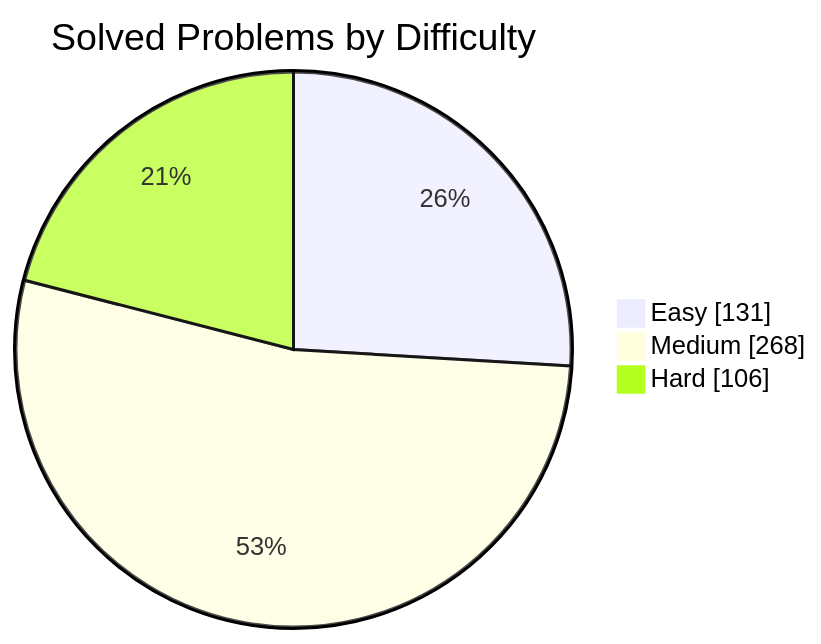
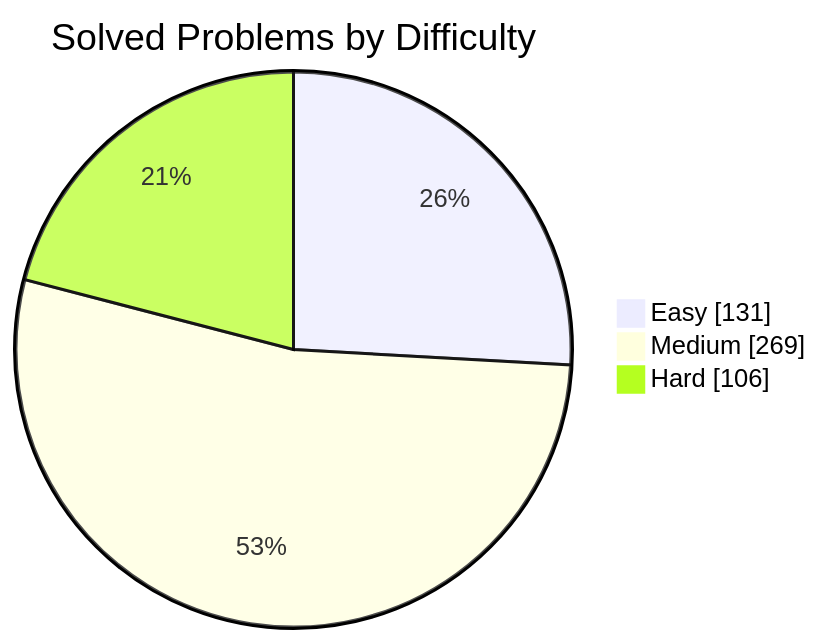
The first of 2 diagrams in README.md (manikantbindass/DSA-Preparation-FAANG), drawn with Mermaid before and after one commit. The commit also changed other lines of this file and 1 other file, not shown here.

````diff
--- a/README.md
+++ b/README.md
@@ -79,7 +79,7 @@
 ```mermaid
 pie showData
     title Solved Problems by Difficulty
     "Easy" : 131
-    "Medium" : 268
+    "Medium" : 269
     "Hard" : 106
 ```
````
